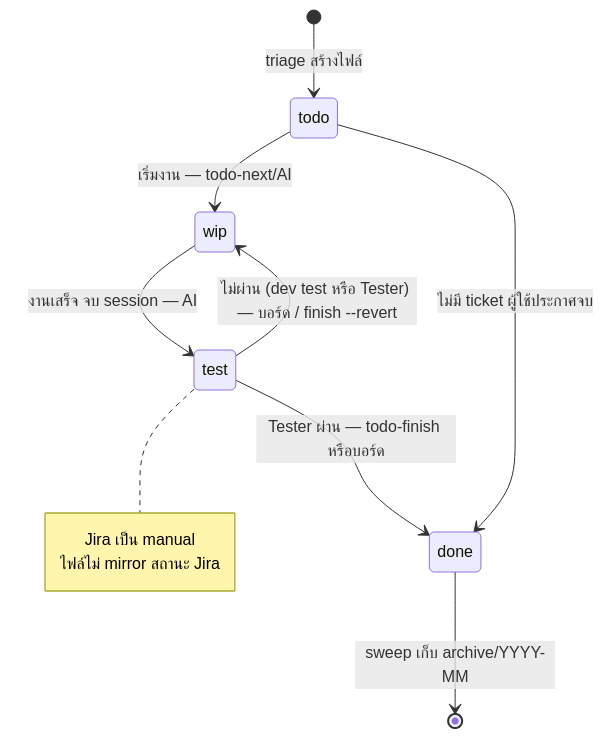
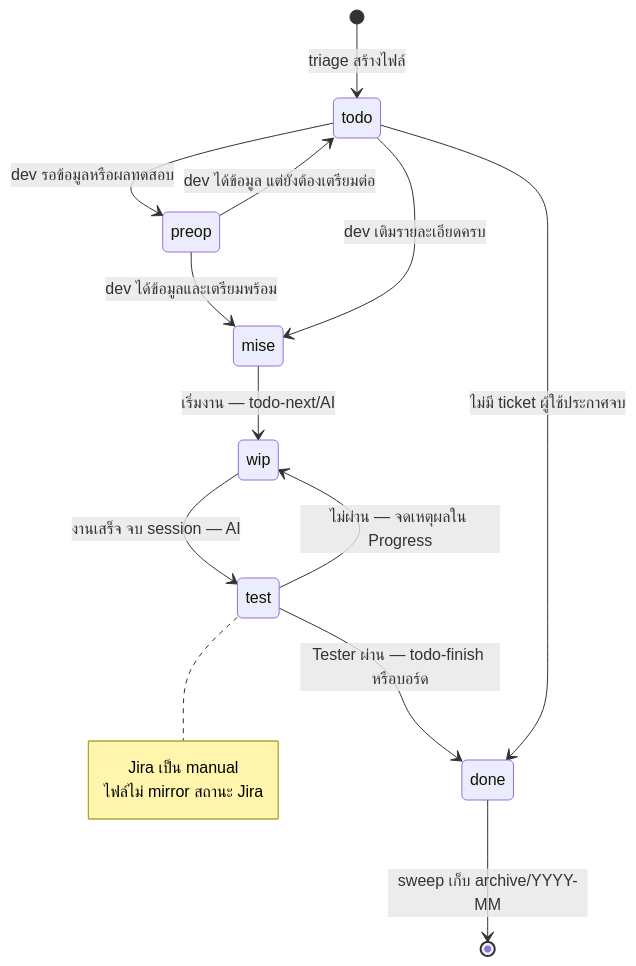
One commit to T5ive/t5ive-skills changed the diagram in assets/todo-lifecycle-th.mmd. Above: the diagram before and after it, drawn with Mermaid. The commit also changed 15 other files, not shown here.

First line of the commit message:
feat(✨todo): เพิ่มสถานะ preop/mise และคัดงานที่พร้อมทำ

```diff
--- a/assets/todo-lifecycle-th.mmd
+++ b/assets/todo-lifecycle-th.mmd
@@ -1,12 +1,16 @@
 stateDiagram-v2
     [*] --> todo: triage สร้างไฟล์
-    todo --> wip: เริ่มงาน — todo-next/AI
+    todo --> preop: dev รอข้อมูลหรือผลทดสอบ
+    preop --> todo: dev ได้ข้อมูล แต่ยังต้องเตรียมต่อ
+    preop --> mise: dev ได้ข้อมูลและเตรียมพร้อม
+    todo --> mise: dev เติมรายละเอียดครบ
+    mise --> wip: เริ่มงาน — todo-next/AI
     wip --> test: งานเสร็จ จบ session — AI
-    test --> wip: ไม่ผ่าน (dev test หรือ Tester) — บอร์ด / finish --revert
+    test --> wip: ไม่ผ่าน — จดเหตุผลใน Progress
     test --> done: Tester ผ่าน — todo-finish หรือบอร์ด
     todo --> done: ไม่มี ticket ผู้ใช้ประกาศจบ
     done --> [*]: sweep เก็บ archive/YYYY-MM
     note right of test
         Jira เป็น manual
         ไฟล์ไม่ mirror สถานะ Jira
     end note
```
